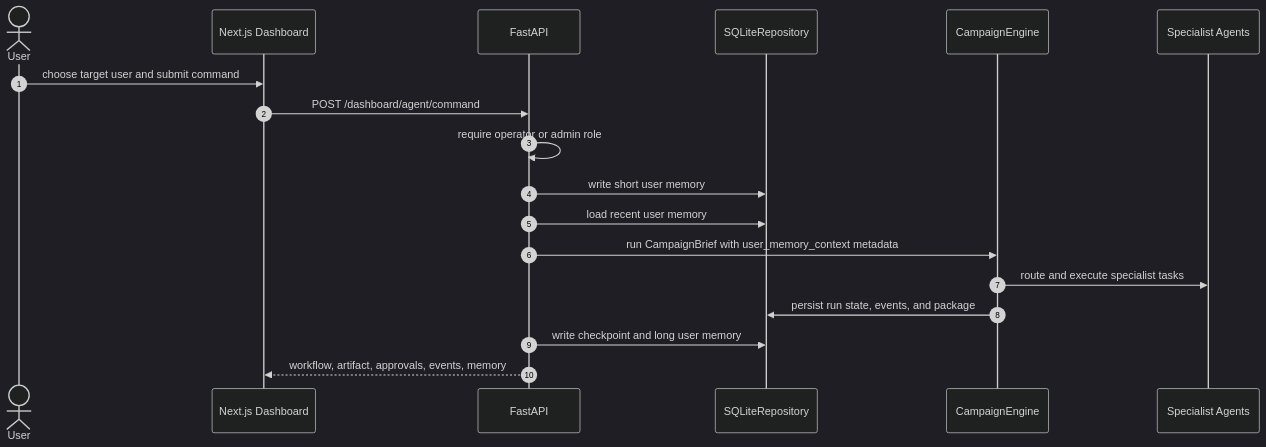
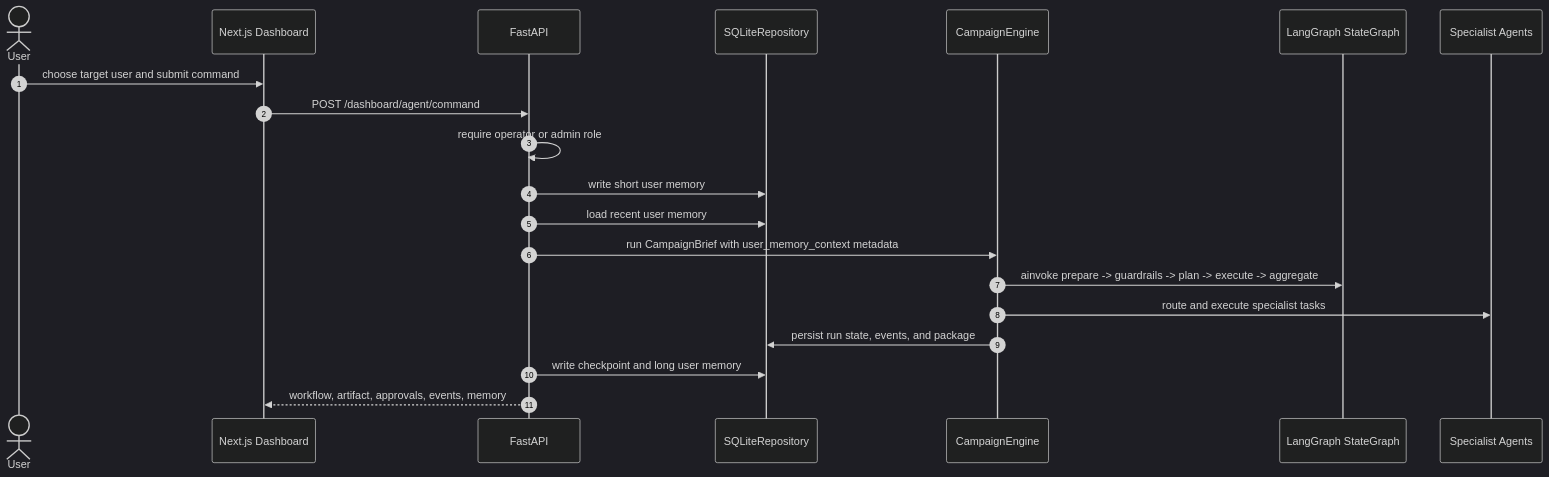
One commit to shakehasan/Agentic-Studio changed the second of 2 diagrams in docs/architecture.md. Above: the diagram before and after it, drawn with Mermaid (dark theme). The commit also changed other lines of this file and 7 other files, not shown here.

````diff
--- a/docs/architecture.md
+++ b/docs/architecture.md
@@ -56,21 +58,23 @@
 ```mermaid
 sequenceDiagram
     autonumber
     actor U as User
     participant UI as Next.js Dashboard
     participant API as FastAPI
     participant DB as SQLiteRepository
     participant ENG as CampaignEngine
+    participant LG as LangGraph StateGraph
     participant AG as Specialist Agents
 
     U->>UI: choose target user and submit command
     UI->>API: POST /dashboard/agent/command
     API->>API: require operator or admin role
     API->>DB: write short user memory
     API->>DB: load recent user memory
     API->>ENG: run CampaignBrief with user_memory_context metadata
+    ENG->>LG: ainvoke prepare -> guardrails -> plan -> execute -> aggregate
     ENG->>AG: route and execute specialist tasks
     ENG->>DB: persist run state, events, and package
     API->>DB: write checkpoint and long user memory
     API-->>UI: workflow, artifact, approvals, events, memory
 ```
````
